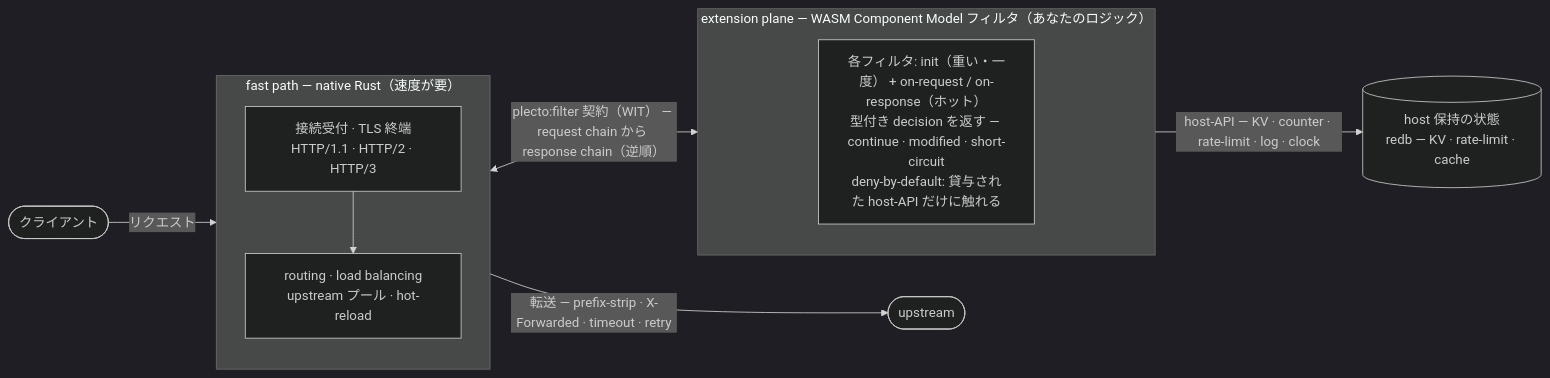
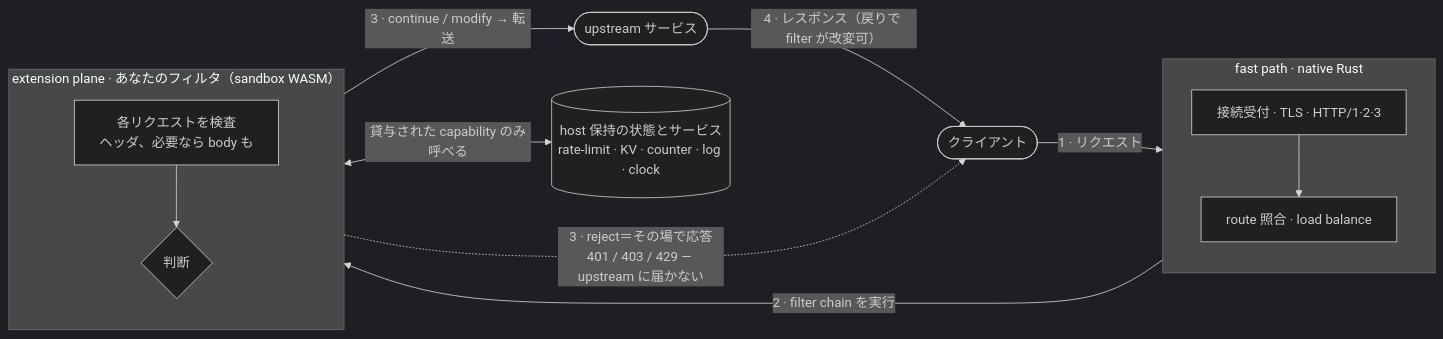
The first of 2 diagrams in README.ja.md (Kaikei-e/PlectoProxy), drawn with Mermaid (dark theme) before and after one commit. The commit also changed other lines of this file and 1 other file, not shown here.

Commit message:
docs: clarify Plecto architecture, filter decisions, and WASM execution modes in documentation

````diff
--- a/README.ja.md
+++ b/README.ja.md
@@ -57,24 +62,28 @@
 ```mermaid
 flowchart LR
     client(["クライアント"])
-    upstream(["upstream"])
+    upstream(["upstream サービス"])
 
-    subgraph fast["fast path — native Rust（速度が要）"]
+    subgraph fast["fast path · native Rust"]
         direction TB
-        net["接続受付 · TLS 終端<br/>HTTP/1.1 · HTTP/2 · HTTP/3"]
-        route["routing · load balancing<br/>upstream プール · hot-reload"]
-        net --> route
+        edge["接続受付 · TLS · HTTP/1·2·3"]
+        route["route 照合 · load balance"]
+        edge --> route
     end
 
-    subgraph ext["extension plane — WASM Component Model フィルタ（あなたのロジック）"]
+    subgraph ext["extension plane · あなたのフィルタ（sandbox WASM）"]
         direction TB
-        filter["各フィルタ: init（重い・一度） + on-request / on-response（ホット）<br/>型付き decision を返す — continue · modified · short-circuit<br/>deny-by-default: 貸与された host-API だけに触れる"]
+        inspect["各リクエストを検査<br/>ヘッダ、必要なら body も"]
+        decide{"判断"}
+        inspect --> decide
     end
 
-    state[("host 保持の状態<br/>redb — KV · rate-limit · cache")]
+    state[("host 保持の状態とサービス<br/>rate-limit · KV · counter · log · clock")]
 
-    client -->|リクエスト| fast
-    fast -->|"転送 — prefix-strip · X-Forwarded · timeout · retry"| upstream
-    fast <-->|"plecto:filter 契約（WIT） — request chain から response chain（逆順）"| ext
-    ext -->|"host-API — KV · counter · rate-limit · log · clock"| state
+    client -->|"1 · リクエスト"| edge
+    route -->|"2 · filter chain を実行"| inspect
+    decide -->|"3 · continue / modify → 転送"| upstream
+    decide -.->|"3 · reject＝その場で応答<br/>401 / 403 / 429 — upstream に届かない"| client
+    upstream -->|"4 · レスポンス（戻りで filter が改変可）"| client
+    decide <-->|"貸与された capability のみ呼べる"| state
 ```
````
